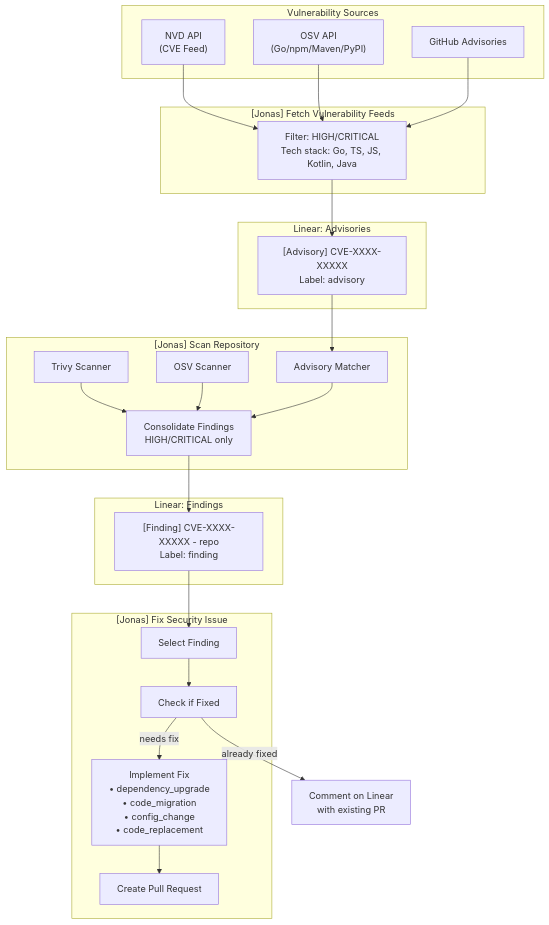
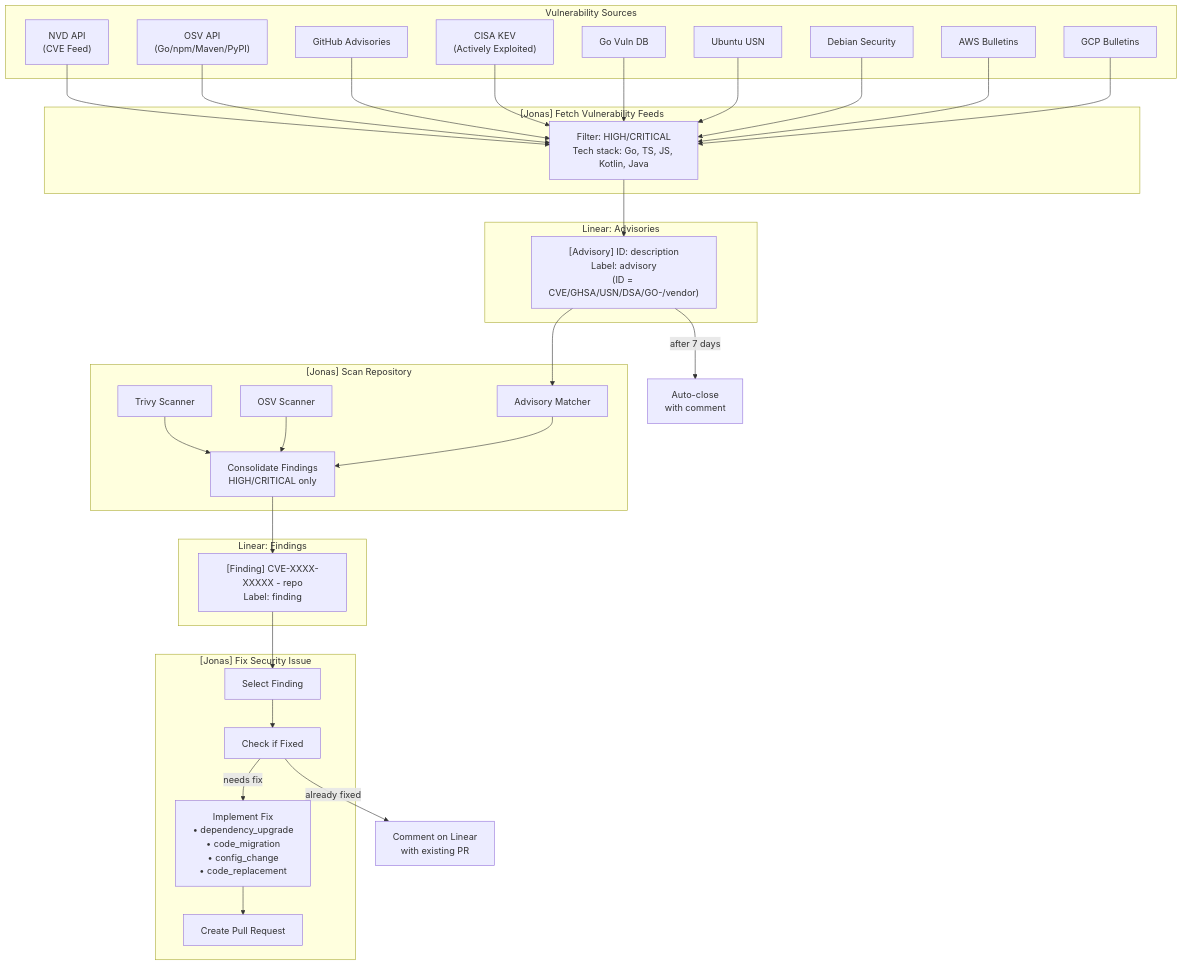
Before and after one commit to gitpod-io/ai-security-engineer: the diagram in README.md, drawn with Mermaid. The commit also changed other lines of this file and 1 other file, not shown here.

Commit message:
improved feed automation

````diff
--- a/README.md
+++ b/README.md
@@ -7,51 +7,64 @@
 ```mermaid
 flowchart TD
     subgraph sources["Vulnerability Sources"]
         NVD["NVD API<br/>(CVE Feed)"]
         OSV_API["OSV API<br/>(Go/npm/Maven/PyPI)"]
         GH["GitHub Advisories"]
+        CISA["CISA KEV<br/>(Actively Exploited)"]
+        GOVULN["Go Vuln DB"]
+        UBUNTU["Ubuntu USN"]
+        DEBIAN["Debian Security"]
+        AWS["AWS Bulletins"]
+        GCP["GCP Bulletins"]
     end
 
     subgraph feed["[Jonas] Fetch Vulnerability Feeds"]
         FETCH["Filter: HIGH/CRITICAL<br/>Tech stack: Go, TS, JS, Kotlin, Java"]
     end
 
     subgraph linear_adv["Linear: Advisories"]
-        ADV["[Advisory] CVE-XXXX-XXXXX<br/>Label: advisory"]
+        ADV["[Advisory] ID: description<br/>Label: advisory<br/>(ID = CVE/GHSA/USN/DSA/GO-/vendor)"]
     end
 
     subgraph scan["[Jonas] Scan Repository"]
         TRIVY["Trivy Scanner"]
         OSV_SCAN["OSV Scanner"]
         ADV_CHECK["Advisory Matcher"]
         CONSOLIDATE["Consolidate Findings<br/>HIGH/CRITICAL only"]
     end
 
     subgraph linear_find["Linear: Findings"]
         FIND["[Finding] CVE-XXXX-XXXXX - repo<br/>Label: finding"]
     end
 
     subgraph fix["[Jonas] Fix Security Issue"]
         SELECT["Select Finding"]
         CHECK["Check if Fixed"]
         IMPLEMENT["Implement Fix<br/>• dependency_upgrade<br/>• code_migration<br/>• config_change<br/>• code_replacement"]
         PR["Create Pull Request"]
     end
 
     NVD --> FETCH
     OSV_API --> FETCH
     GH --> FETCH
+    CISA --> FETCH
+    GOVULN --> FETCH
+    UBUNTU --> FETCH
+    DEBIAN --> FETCH
+    AWS --> FETCH
+    GCP --> FETCH
     FETCH --> ADV
+    ADV -->|after 7 days| CLOSE["Auto-close<br/>with comment"]
 
     TRIVY --> CONSOLIDATE
     OSV_SCAN --> CONSOLIDATE
     ADV --> ADV_CHECK
     ADV_CHECK --> CONSOLIDATE
     CONSOLIDATE --> FIND
 
     FIND --> SELECT
     SELECT --> CHECK
     CHECK -->|needs fix| IMPLEMENT
     IMPLEMENT --> PR
     CHECK -->|already fixed| COMMENT["Comment on Linear<br/>with existing PR"]
 ```
````
